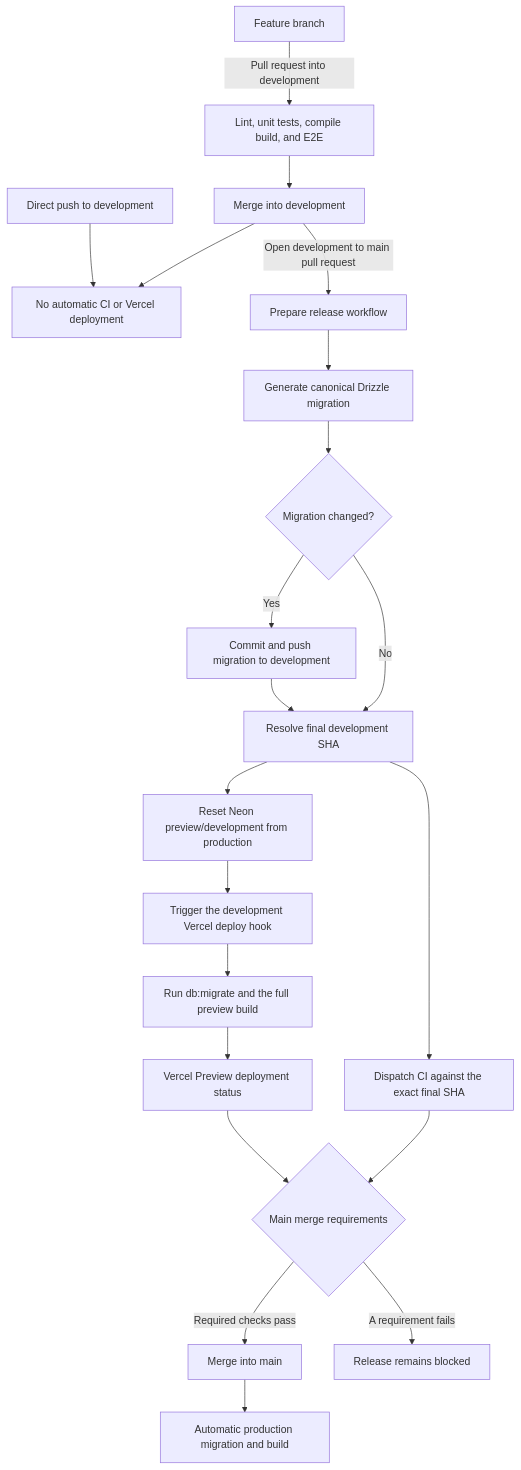
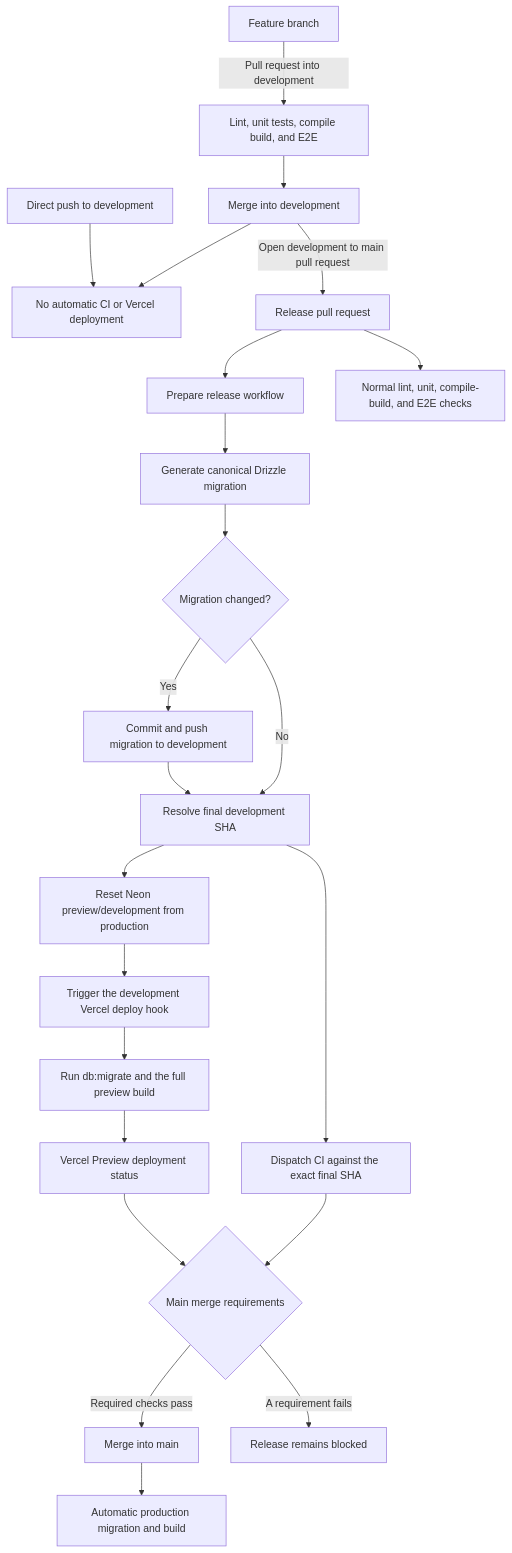
Before and after one commit to Flohhhhh/sharply: the diagram in docs/ci/overview.md, drawn with Mermaid. The commit also changed other lines of this file and 6 other files, not shown here.

First line of the commit message:
ci: run standard checks on release PRs

````diff
--- a/docs/ci/overview.md
+++ b/docs/ci/overview.md
@@ -10,28 +10,30 @@
 ```mermaid
 flowchart TD
     F[Feature branch] -->|Pull request into development| CI
     CI[Lint, unit tests, compile build, and E2E] --> M[Merge into development]
     M --> N[No automatic CI or Vercel deployment]
 
     D[Direct push to development] --> N
 
-    M -->|Open development to main pull request| R[Prepare release workflow]
+    M -->|Open development to main pull request| RP[Release pull request]
+    RP --> R[Prepare release workflow]
+    RP --> RCI[Normal lint, unit, compile-build, and E2E checks]
     R --> G[Generate canonical Drizzle migration]
     G --> C{Migration changed?}
     C -->|Yes| P[Commit and push migration to development]
     C -->|No| S[Resolve final development SHA]
     P --> S
 
     S --> CHECKS[Dispatch CI against the exact final SHA]
     S --> RESET[Reset Neon preview/development from production]
     RESET --> HOOK[Trigger the development Vercel deploy hook]
     HOOK --> PREVIEW[Run db:migrate and the full preview build]
     PREVIEW --> STATUS[Vercel Preview deployment status]
 
     CHECKS --> GATE{Main merge requirements}
     STATUS --> GATE
     GATE -->|Required checks pass| MAIN[Merge into main]
     GATE -->|A requirement fails| BLOCK[Release remains blocked]
 
     MAIN --> PROD[Automatic production migration and build]
 ```
````
